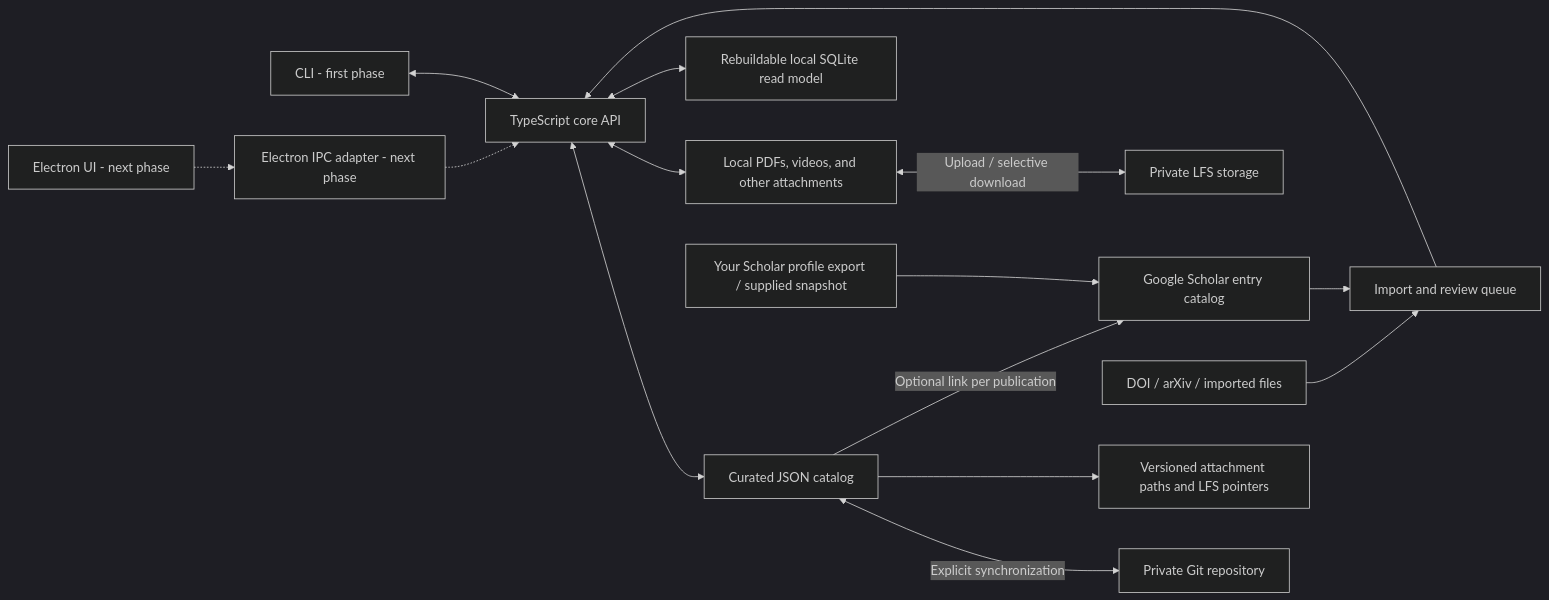
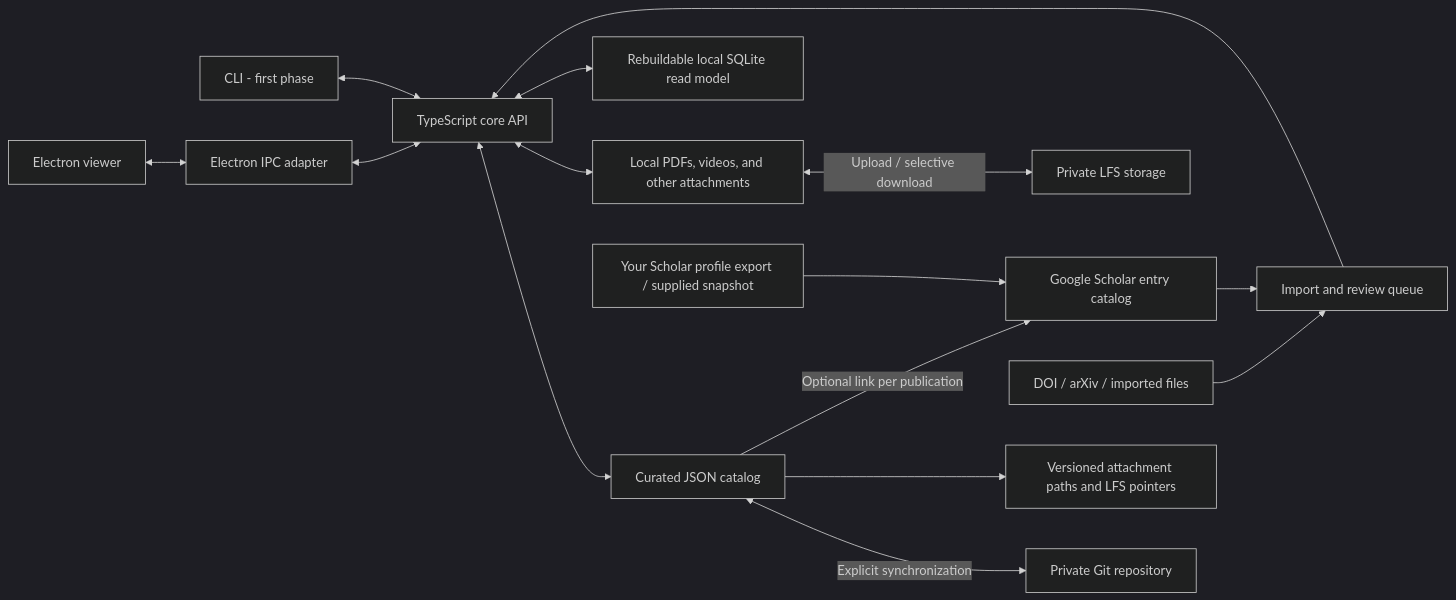
Before and after one commit to lindahua/MyPub: the diagram in DESIGN.md, drawn with Mermaid (dark theme). The commit also changed other lines of this file and 27 other files, not shown here.

Commit message:
Add Electron publication viewer and mypub-view launcher

````diff
--- a/DESIGN.md
+++ b/DESIGN.md
@@ -33,17 +35,17 @@
 ```mermaid
 flowchart LR
     CLI[CLI - first phase] <--> APP[TypeScript core API]
-    UI[Electron UI - next phase] -.-> BRIDGE[Electron IPC adapter - next phase]
-    BRIDGE -.-> APP
+    UI[Electron viewer] <--> BRIDGE[Electron IPC adapter]
+    BRIDGE <--> APP
     APP <--> CAT[Curated JSON catalog]
     CAT <-->|Explicit synchronization| REMOTE[Private Git repository]
     APP <--> FILES[Local PDFs, videos, and other attachments]
     FILES <-->|Upload / selective download| LFS[Private LFS storage]
     CAT --> POINTERS[Versioned attachment paths and LFS pointers]
     APP <--> INDEX[Rebuildable local SQLite read model]
     SOURCES[DOI / arXiv / imported files] --> REVIEW[Import and review queue]
     REVIEW --> APP
     SCHOLAR[Your Scholar profile export / supplied snapshot] --> GS[Google Scholar entry catalog]
     GS --> REVIEW
     CAT -->|Optional link per publication| GS
 ```
````
